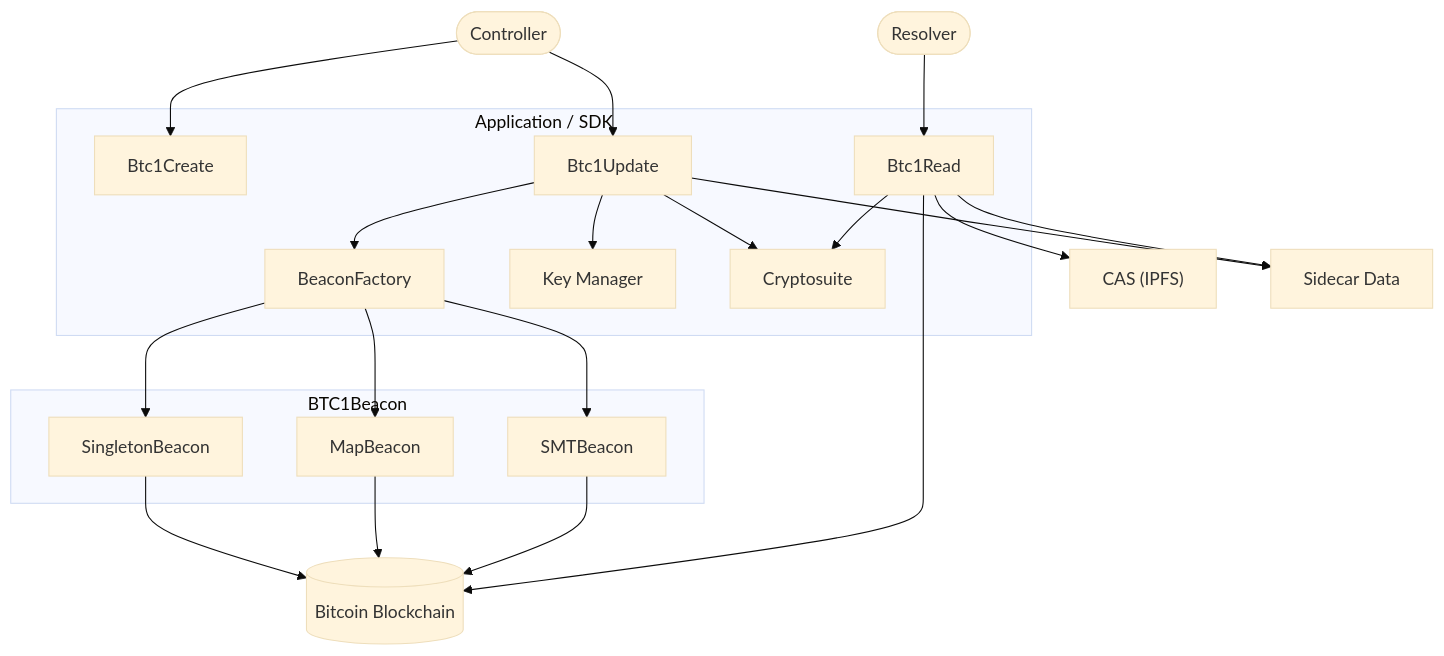
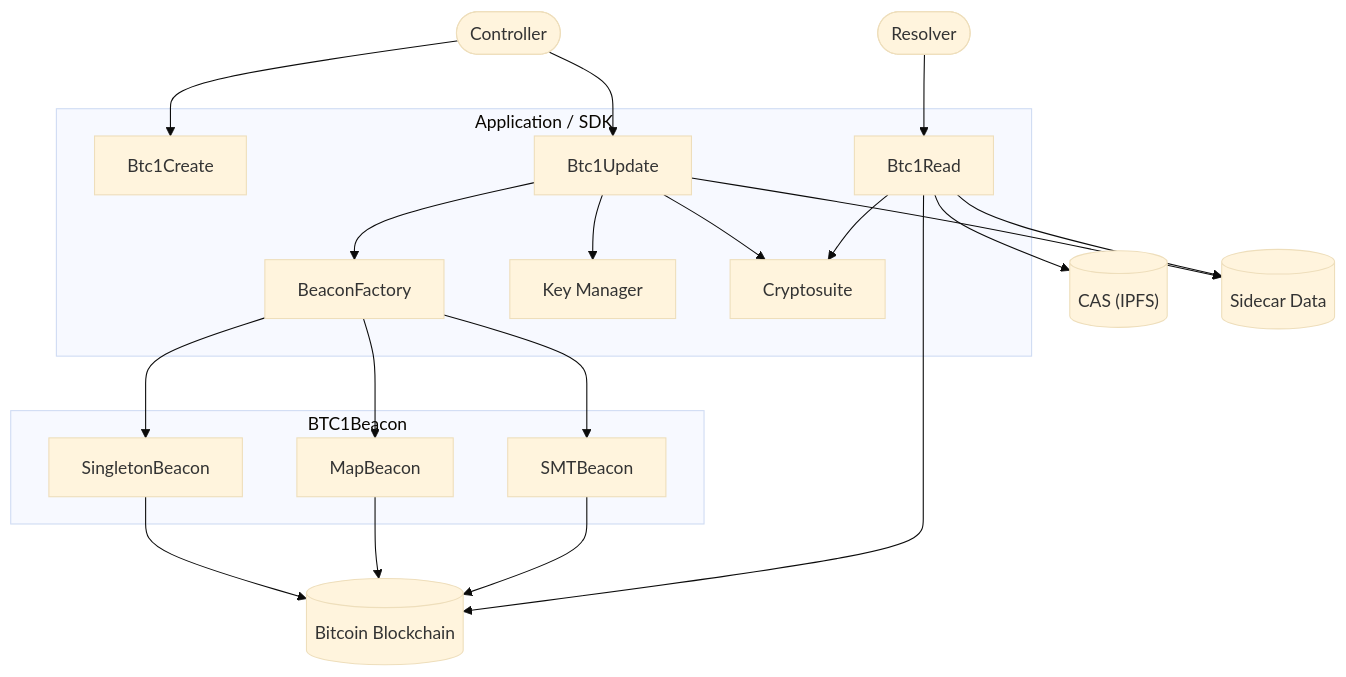
One commit to jintekc/website-btcr2-dev changed the diagram in docs/public/diagrams/architecture.mmd. Above: the diagram before and after it, drawn with Mermaid (base theme). The commit also changed 6 other files, not shown here.

Commit message:
Adding mermaid diagrams: architecture, create, resolve

```diff
--- a/docs/public/diagrams/architecture.mmd
+++ b/docs/public/diagrams/architecture.mmd
@@ -1,42 +1,42 @@
 flowchart TB
   Controller([Controller])
   Resolver([Resolver])
 
   subgraph SDK["Application / SDK"]
     Create[Btc1Create]
     Read[Btc1Read]
     Update[Btc1Update]
     Factory[BeaconFactory]
     KMS[Key Manager]
     Crypto[Cryptosuite]
   end
 
   subgraph BTC1Beacon
     SingletonBeacon
     MapBeacon
     SMTBeacon
   end
 
   BTC[(Bitcoin Blockchain)]
-  CAS["CAS (IPFS)"]
-  Sidecar[Sidecar Data]
+  CAS[("CAS (IPFS)")]
+  Sidecar[(Sidecar Data)]
 
   Controller --> Create
   Controller --> Update
   Update --> KMS
   Update --> Crypto
   Update --> Factory
   Factory --> SingletonBeacon
   Factory --> MapBeacon
   Factory --> SMTBeacon
   Update --> Sidecar
 
   SingletonBeacon --> BTC
   MapBeacon --> BTC
   SMTBeacon --> BTC
 
   Resolver --> Read
   Read --> BTC
   Read --> CAS
   Read --> Sidecar
   Read --> Crypto
```
